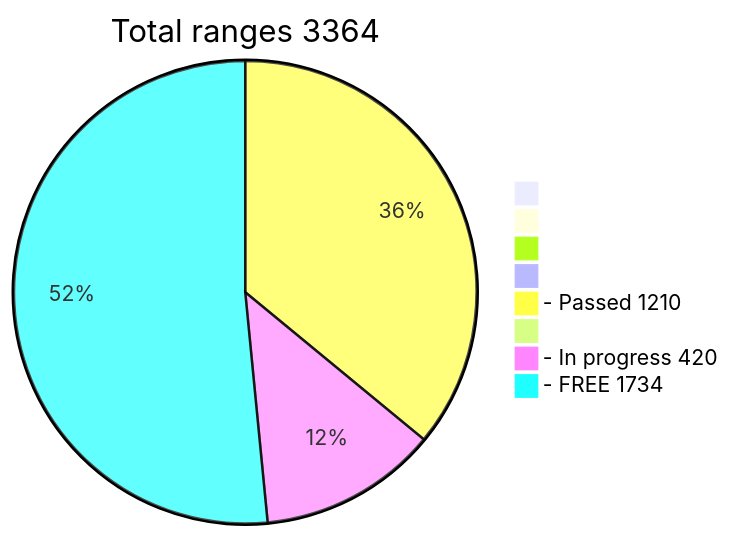
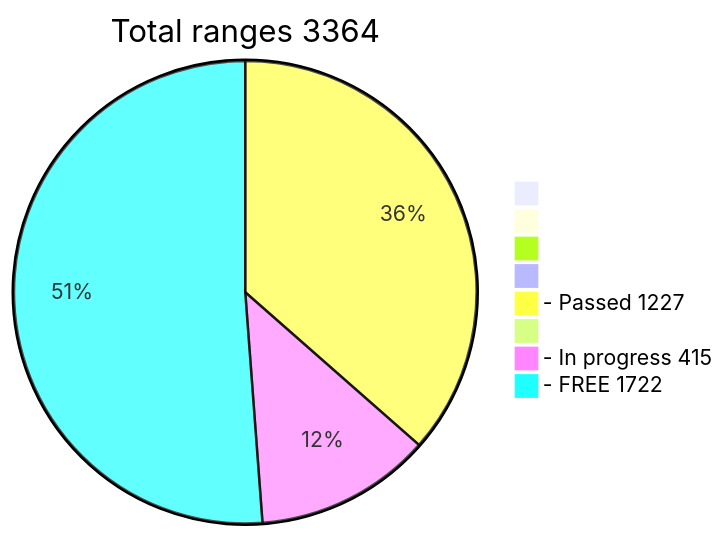
The diagram in README.md (phrutis/wif500), drawn with Mermaid before and after one commit.

````diff
--- a/README.md
+++ b/README.md
@@ -16,12 +16,12 @@
 ```mermaid
 pie title Total ranges 3364
              " " : 0
             "  " : 0
            "   " : 0
           "    " : 0
-  "- Passed 1210" : 1210
+  "- Passed 1227" : 1227
          "     " : 0
-  "- In progress 420" : 420
-   "- FREE 1734" : 1734
+  "- In progress 415" : 415
+   "- FREE 1722" : 1722
    
 ```
````
